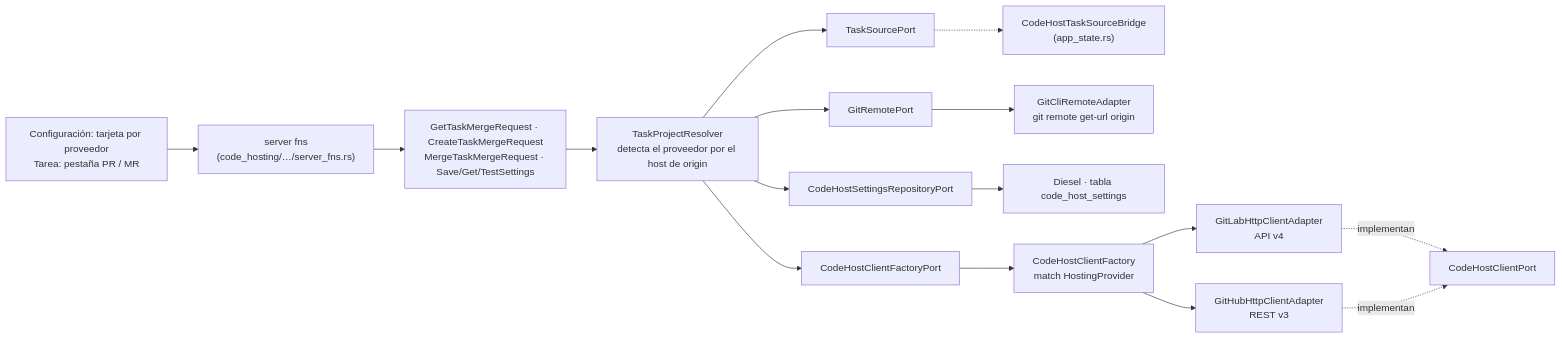
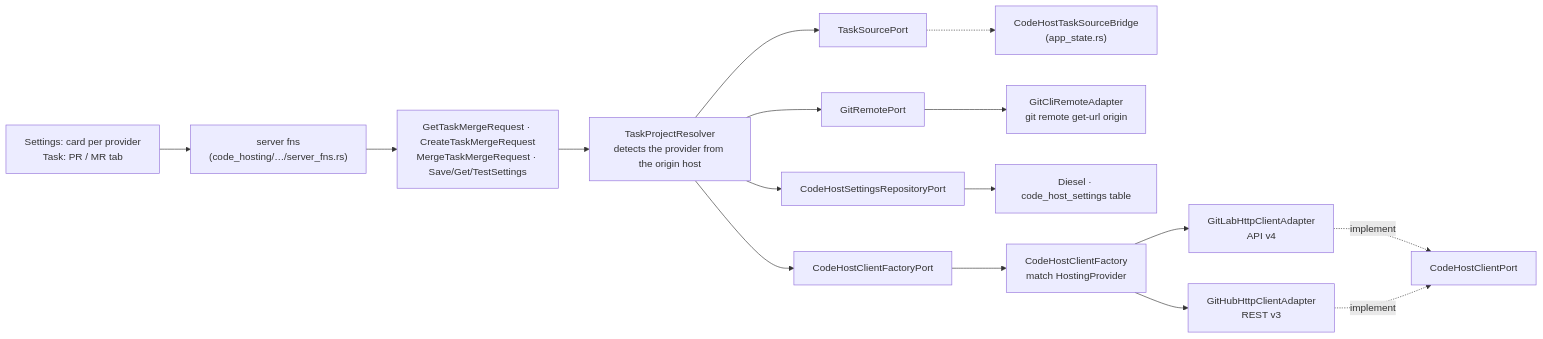
One commit to plopezm/iworkflow changed diagram 12 of 12 in ARCHITECTURE.md. Above: the diagram before and after it, drawn with Mermaid. The commit also changed other lines of this file and 5 other files, not shown here.

````diff
--- a/ARCHITECTURE.md
+++ b/ARCHITECTURE.md
@@ -1030,13 +1038,13 @@
 ```mermaid
 flowchart LR
-    UI["Configuración: tarjeta por proveedor<br/>Tarea: pestaña PR / MR"] --> SF["server fns<br/>(code_hosting/…/server_fns.rs)"]
+    UI["Settings: card per provider<br/>Task: PR / MR tab"] --> SF["server fns<br/>(code_hosting/…/server_fns.rs)"]
     SF --> UC["GetTaskMergeRequest · CreateTaskMergeRequest<br/>MergeTaskMergeRequest · Save/Get/TestSettings"]
-    UC --> R["TaskProjectResolver<br/>detecta el proveedor por el host de origin"]
+    UC --> R["TaskProjectResolver<br/>detects the provider from the origin host"]
     R --> P1["TaskSourcePort"] -.-> BR["CodeHostTaskSourceBridge<br/>(app_state.rs)"]
     R --> P2["GitRemotePort"] --> A2["GitCliRemoteAdapter<br/>git remote get-url origin"]
-    R --> P3["CodeHostSettingsRepositoryPort"] --> A3["Diesel · tabla code_host_settings"]
+    R --> P3["CodeHostSettingsRepositoryPort"] --> A3["Diesel · code_host_settings table"]
     R --> F["CodeHostClientFactoryPort"] --> FA["CodeHostClientFactory<br/>match HostingProvider"]
     FA --> A4["GitLabHttpClientAdapter<br/>API v4"]
     FA --> A5["GitHubHttpClientAdapter<br/>REST v3"]
-    A4 & A5 -. implementan .-> P4["CodeHostClientPort"]
+    A4 & A5 -. implement .-> P4["CodeHostClientPort"]
 ```
````
